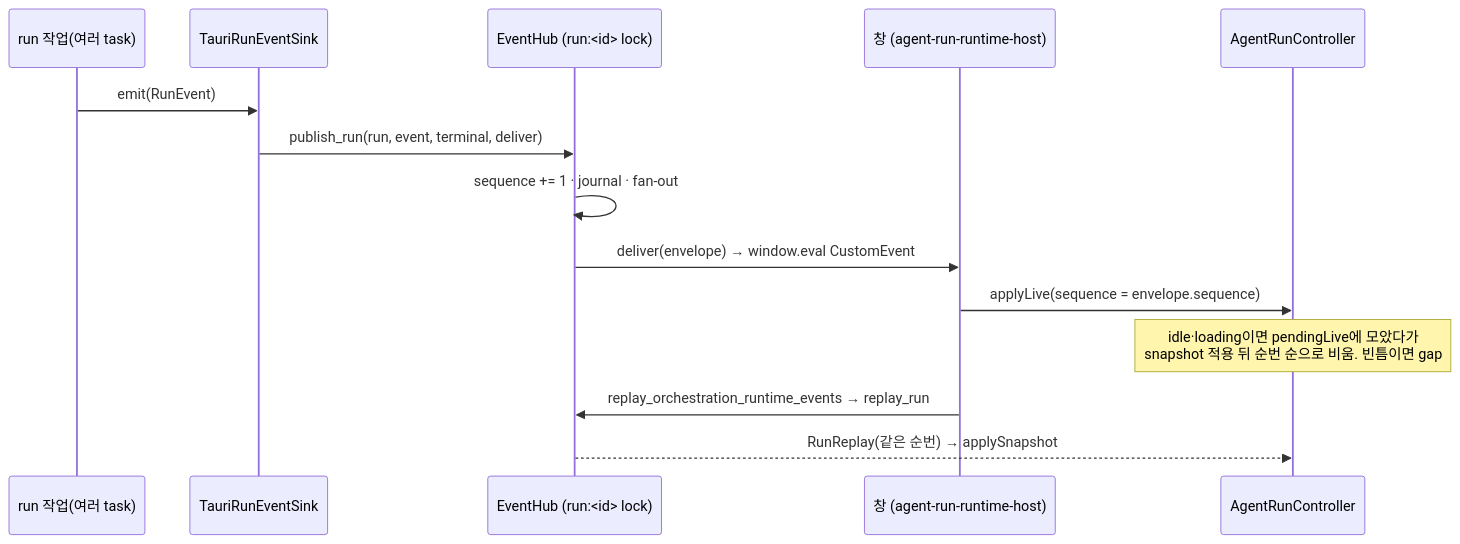
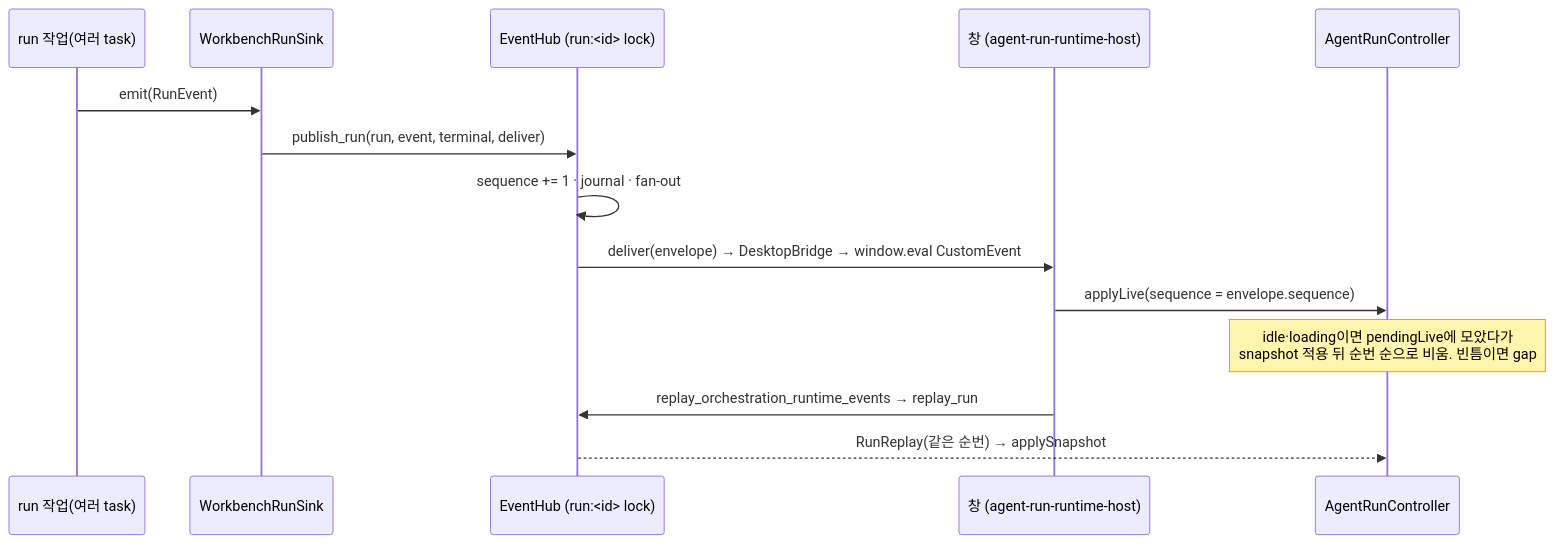
One commit to yoophi/agentic-workspace changed the second of 5 diagrams in docs/workbench-seam.md. Above: the diagram before and after it, drawn with Mermaid. The commit also changed other lines of this file and 174 other files, not shown here.

First line of the commit message:
feat(aw): benches own runs and exchanges — run/exchange migration behind the Workbench seam (040, stage 2b-1) (#203)

````diff
--- a/docs/workbench-seam.md
+++ b/docs/workbench-seam.md
@@ -94,16 +95,16 @@
 ```mermaid
 sequenceDiagram
     participant Runner as run 작업(여러 task)
-    participant Sink as TauriRunEventSink
+    participant Sink as WorkbenchRunSink
     participant Hub as EventHub (run:<id> lock)
     participant Win as 창 (agent-run-runtime-host)
     participant Ctl as AgentRunController
     Runner->>Sink: emit(RunEvent)
     Sink->>Hub: publish_run(run, event, terminal, deliver)
     Hub->>Hub: sequence += 1 · journal · fan-out
-    Hub->>Win: deliver(envelope) → window.eval CustomEvent
+    Hub->>Win: deliver(envelope) → DesktopBridge → window.eval CustomEvent
     Win->>Ctl: applyLive(sequence = envelope.sequence)
     Note over Ctl: idle·loading이면 pendingLive에 모았다가<br/>snapshot 적용 뒤 순번 순으로 비움. 빈틈이면 gap
     Win->>Hub: replay_orchestration_runtime_events → replay_run
     Hub-->>Ctl: RunReplay(같은 순번) → applySnapshot
 ```
````
